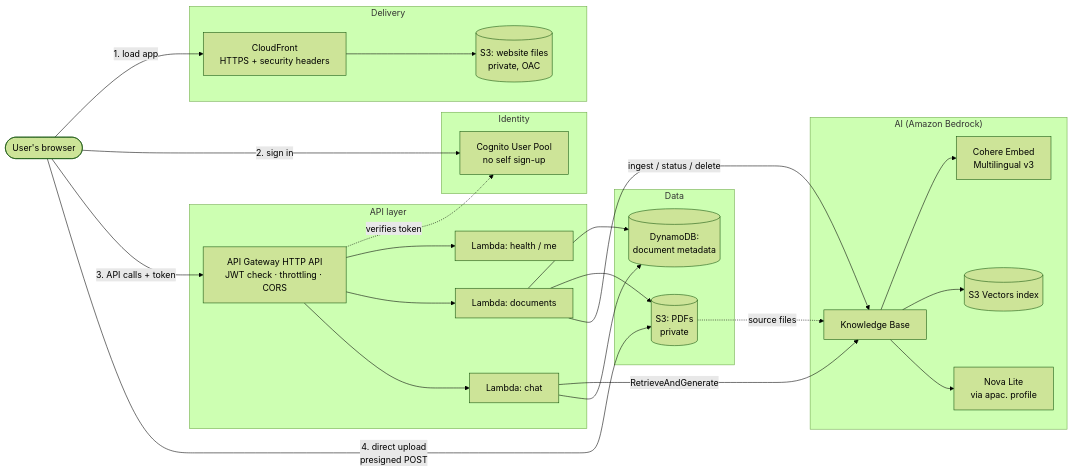
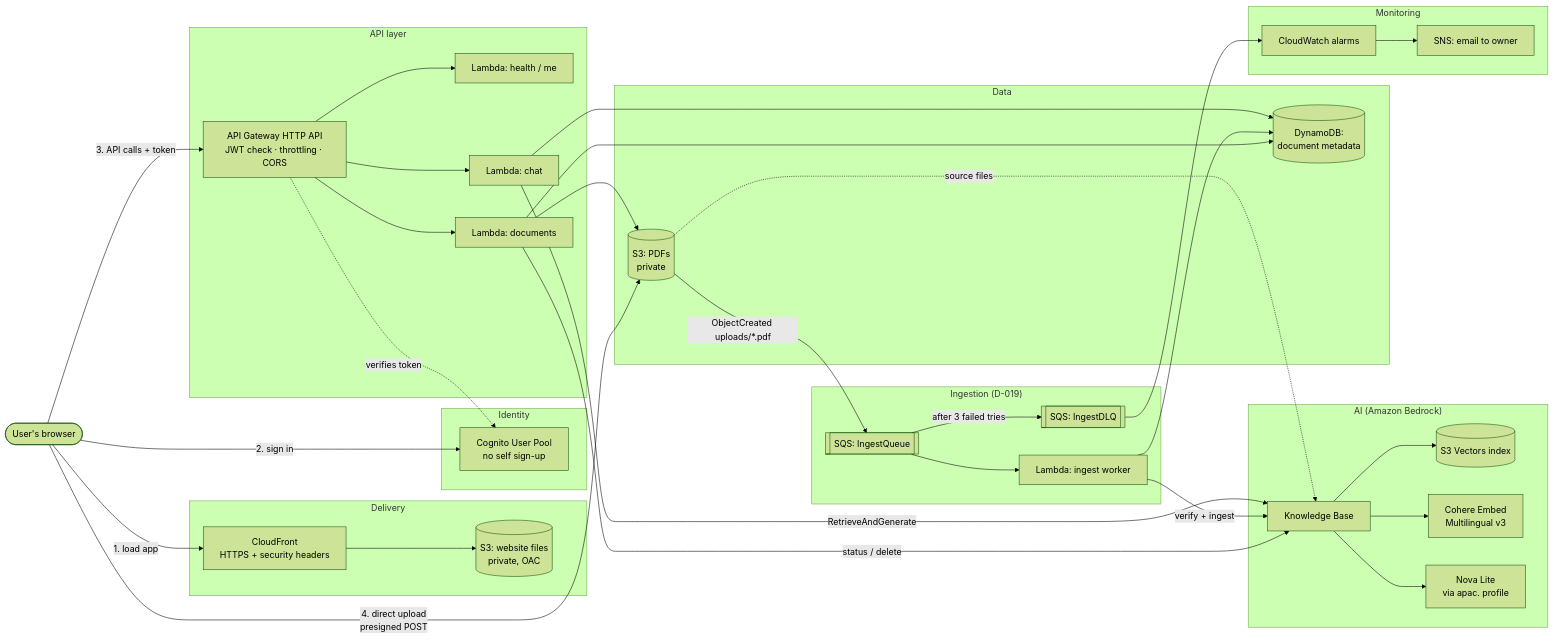
Before and after one commit to vuongnguyen-se/docs-communicator: the first of 7 diagrams in docs/HOW_IT_WORKS.md, drawn with Mermaid (forest theme). The commit also changed other lines of this file and 5 other files, not shown here.

First line of the commit message:
docs: add portfolio diagram, real cost notes and demo script

````diff
--- a/docs/HOW_IT_WORKS.md
+++ b/docs/HOW_IT_WORKS.md
@@ -56,50 +56,65 @@
 ```mermaid
 flowchart LR
     U([User's browser])
 
     subgraph Edge["Delivery"]
         CF[CloudFront<br/>HTTPS + security headers]
         WEB[(S3: website files<br/>private, OAC)]
     end
 
     subgraph Identity["Identity"]
         COG[Cognito User Pool<br/>no self sign-up]
     end
 
     subgraph API["API layer"]
         GW[API Gateway HTTP API<br/>JWT check · throttling · CORS]
         LH[Lambda: health / me]
         LD[Lambda: documents]
         LC[Lambda: chat]
     end
 
     subgraph Data["Data"]
         DOCS[(S3: PDFs<br/>private)]
         DDB[(DynamoDB:<br/>document metadata)]
     end
 
+    subgraph Ingest["Ingestion (D-019)"]
+        Q[[SQS: IngestQueue]]
+        W[Lambda: ingest worker]
+        DLQ[[SQS: IngestDLQ]]
+    end
+
+    subgraph Ops["Monitoring"]
+        CW[CloudWatch alarms]
+        SNS[SNS: email to owner]
+    end
+
     subgraph AI["AI (Amazon Bedrock)"]
         KB[Knowledge Base]
         VEC[(S3 Vectors index)]
         EMB[Cohere Embed<br/>Multilingual v3]
         LLM[Nova Lite<br/>via apac. profile]
     end
 
     U -->|1. load app| CF --> WEB
     U -->|2. sign in| COG
     U -->|3. API calls + token| GW
     GW -. verifies token .-> COG
     GW --> LH
     GW --> LD
     GW --> LC
     U -->|4. direct upload<br/>presigned POST| DOCS
     LD --> DDB
     LD --> DOCS
-    LD -->|ingest / status / delete| KB
+    LD -->|status / delete| KB
+    DOCS -->|ObjectCreated uploads/*.pdf| Q --> W
+    W --> DDB
+    W -->|verify + ingest| KB
+    Q -->|after 3 failed tries| DLQ --> CW --> SNS
     LC -->|RetrieveAndGenerate| KB
     LC --> DDB
     KB --> EMB
     KB --> VEC
     KB --> LLM
     DOCS -. source files .-> KB
 ```
````
